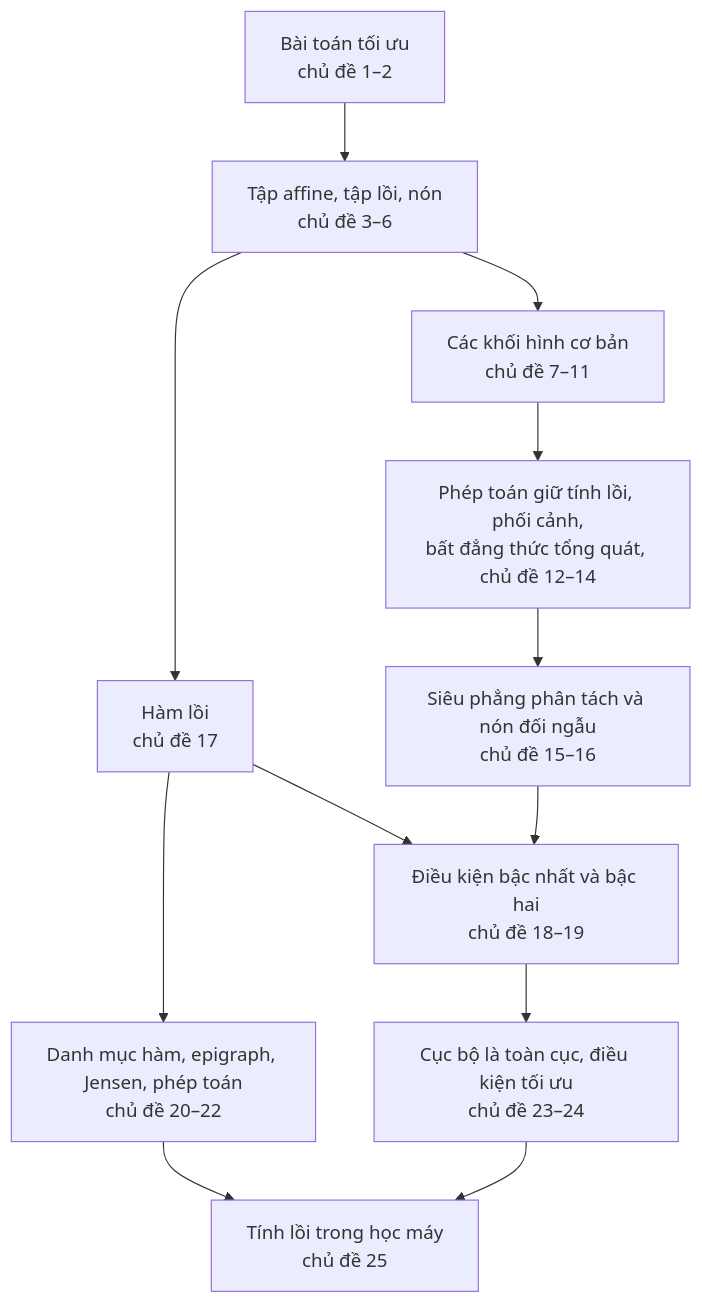
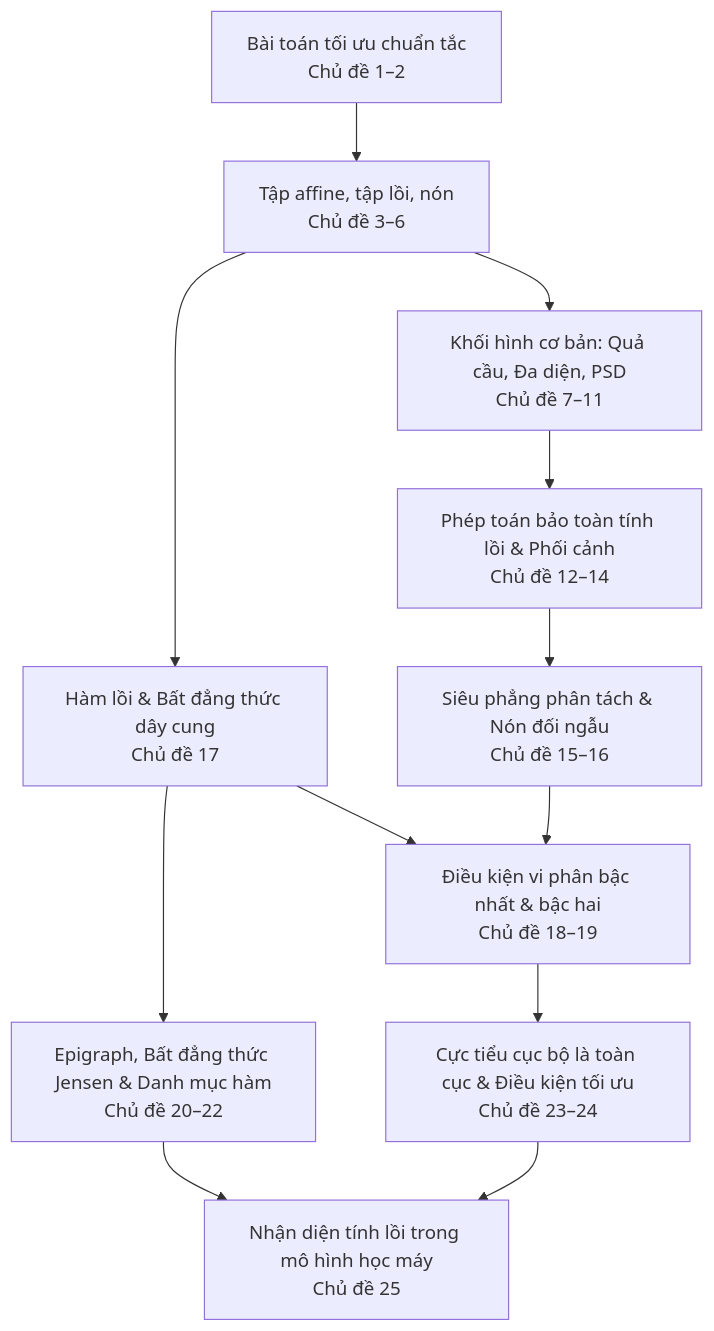
The diagram in docs/toan-cho-ai/bai-giang/bai-01-nhap-mon-toi-uu.md (KazinMintori/StudyHub), drawn with Mermaid before and after one commit. The commit also changed other lines of this file and 26 other files, not shown here.

````diff
--- a/docs/toan-cho-ai/bai-giang/bai-01-nhap-mon-toi-uu.md
+++ b/docs/toan-cho-ai/bai-giang/bai-01-nhap-mon-toi-uu.md
@@ -58,14 +77,14 @@
 ```mermaid
 flowchart TD
-    A["Bài toán tối ưu<br/>chủ đề 1–2"] --> B["Tập affine, tập lồi, nón<br/>chủ đề 3–6"]
-    B --> C["Các khối hình cơ bản<br/>chủ đề 7–11"]
-    C --> D["Phép toán giữ tính lồi, phối cảnh,<br/>bất đẳng thức tổng quát, chủ đề 12–14"]
-    D --> E["Siêu phẳng phân tách và nón đối ngẫu<br/>chủ đề 15–16"]
-    B --> F["Hàm lồi<br/>chủ đề 17"]
-    F --> G["Điều kiện bậc nhất và bậc hai<br/>chủ đề 18–19"]
+    A["Bài toán tối ưu chuẩn tắc<br/>Chủ đề 1–2"] --> B["Tập affine, tập lồi, nón<br/>Chủ đề 3–6"]
+    B --> C["Khối hình cơ bản: Quả cầu, Đa diện, PSD<br/>Chủ đề 7–11"]
+    C --> D["Phép toán bảo toàn tính lồi & Phối cảnh<br/>Chủ đề 12–14"]
+    D --> E["Siêu phẳng phân tách & Nón đối ngẫu<br/>Chủ đề 15–16"]
+    B --> F["Hàm lồi & Bất đẳng thức dây cung<br/>Chủ đề 17"]
+    F --> G["Điều kiện vi phân bậc nhất & bậc hai<br/>Chủ đề 18–19"]
     E --> G
-    F --> H["Danh mục hàm, epigraph, Jensen, phép toán<br/>chủ đề 20–22"]
-    G --> I["Cục bộ là toàn cục, điều kiện tối ưu<br/>chủ đề 23–24"]
-    H --> J["Tính lồi trong học máy<br/>chủ đề 25"]
+    F --> H["Epigraph, Bất đẳng thức Jensen & Danh mục hàm<br/>Chủ đề 20–22"]
+    G --> I["Cực tiểu cục bộ là toàn cục & Điều kiện tối ưu<br/>Chủ đề 23–24"]
+    H --> J["Nhận diện tính lồi trong mô hình học máy<br/>Chủ đề 25"]
     I --> J
 ```
````
